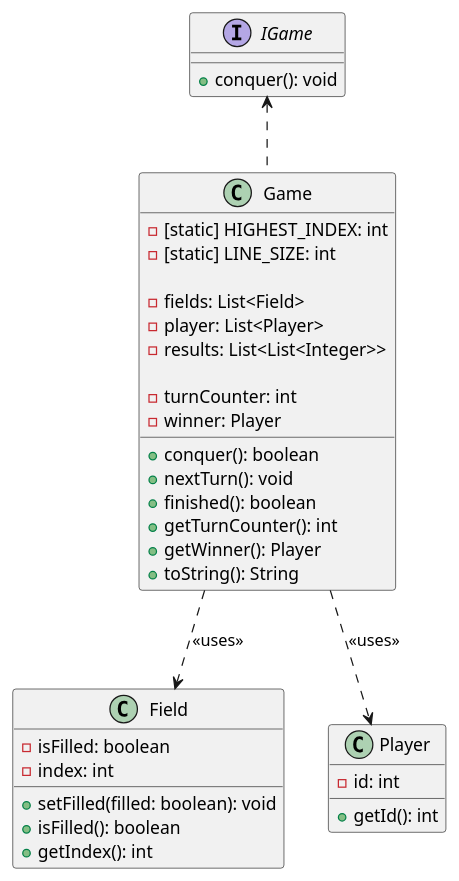
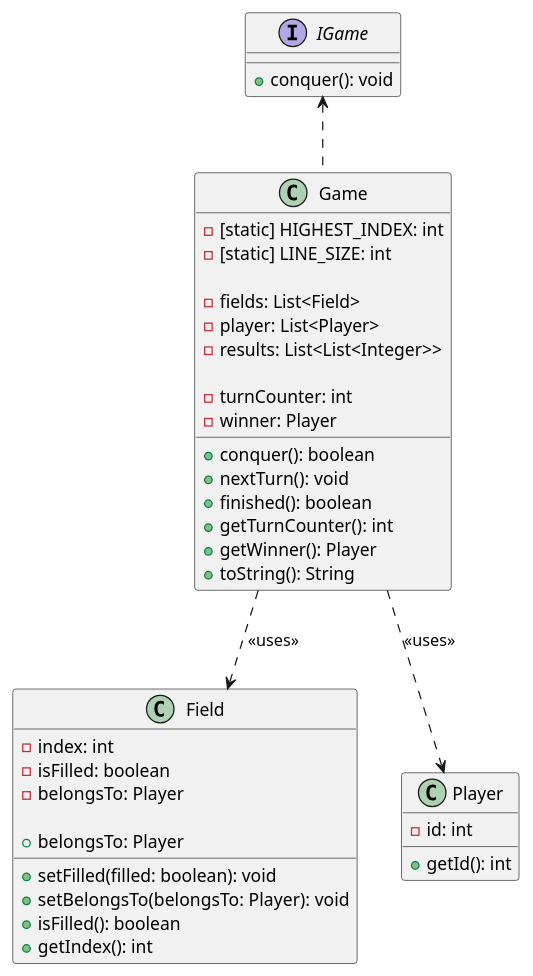
The diagram in doc/connections.puml (rnefzger/tictactoe), drawn with PlantUML before and after one commit. The commit also changed 1 other file, not shown here.

```diff
--- a/doc/connections.puml
+++ b/doc/connections.puml
@@ -1,46 +1,49 @@
 @startuml
 
 class Field {
+    -index: int
     -isFilled: boolean
-    -index: int
+    -belongsTo: Player
 
     +setFilled(filled: boolean): void
+    +setBelongsTo(belongsTo: Player): void
     +isFilled(): boolean
     +getIndex(): int
+    +belongsTo: Player
 }
 
 class Game {
     -[static] HIGHEST_INDEX: int
     -[static] LINE_SIZE: int
 
     -fields: List<Field>
     -player: List<Player>
     -results: List<List<Integer>>
 
     -turnCounter: int
     -winner: Player
 
     +conquer(): boolean
     +nextTurn(): void
     +finished(): boolean
     +getTurnCounter(): int
     +getWinner(): Player
     +toString(): String
 }
 
 interface IGame {
     +conquer(): void
 }
 
 class Player {
     -id: int
 
     +getId(): int
 }
 
 Game .up.> IGame
 
 Game ..> Field : <<uses>>
 Game ..> Player : <<uses>>
 
 @enduml
```
